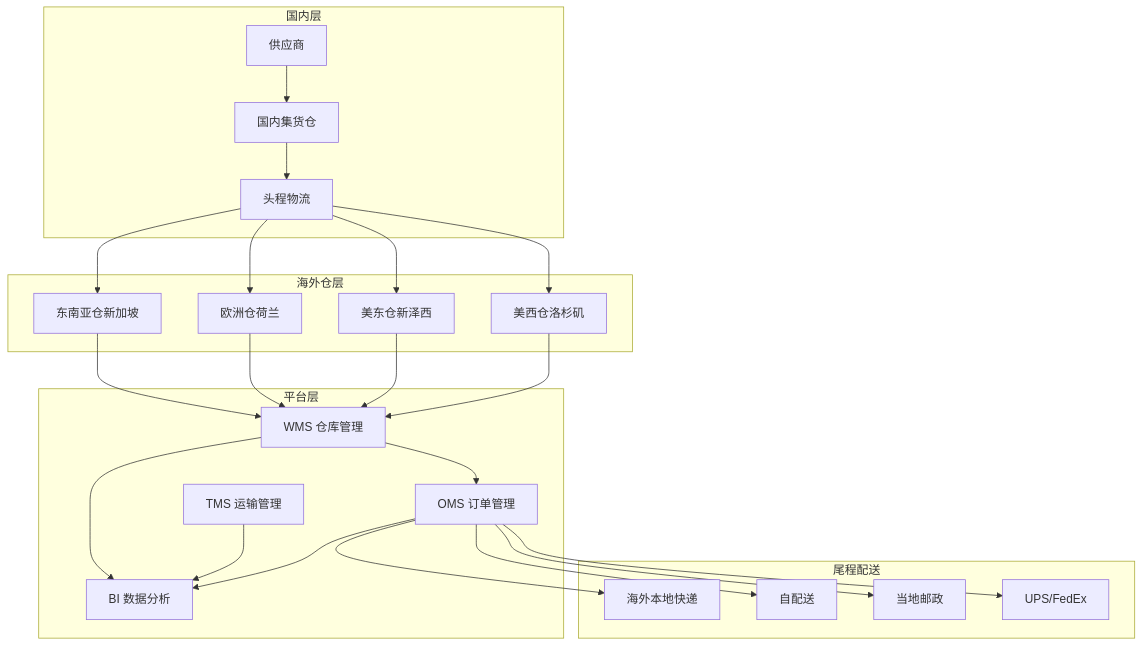
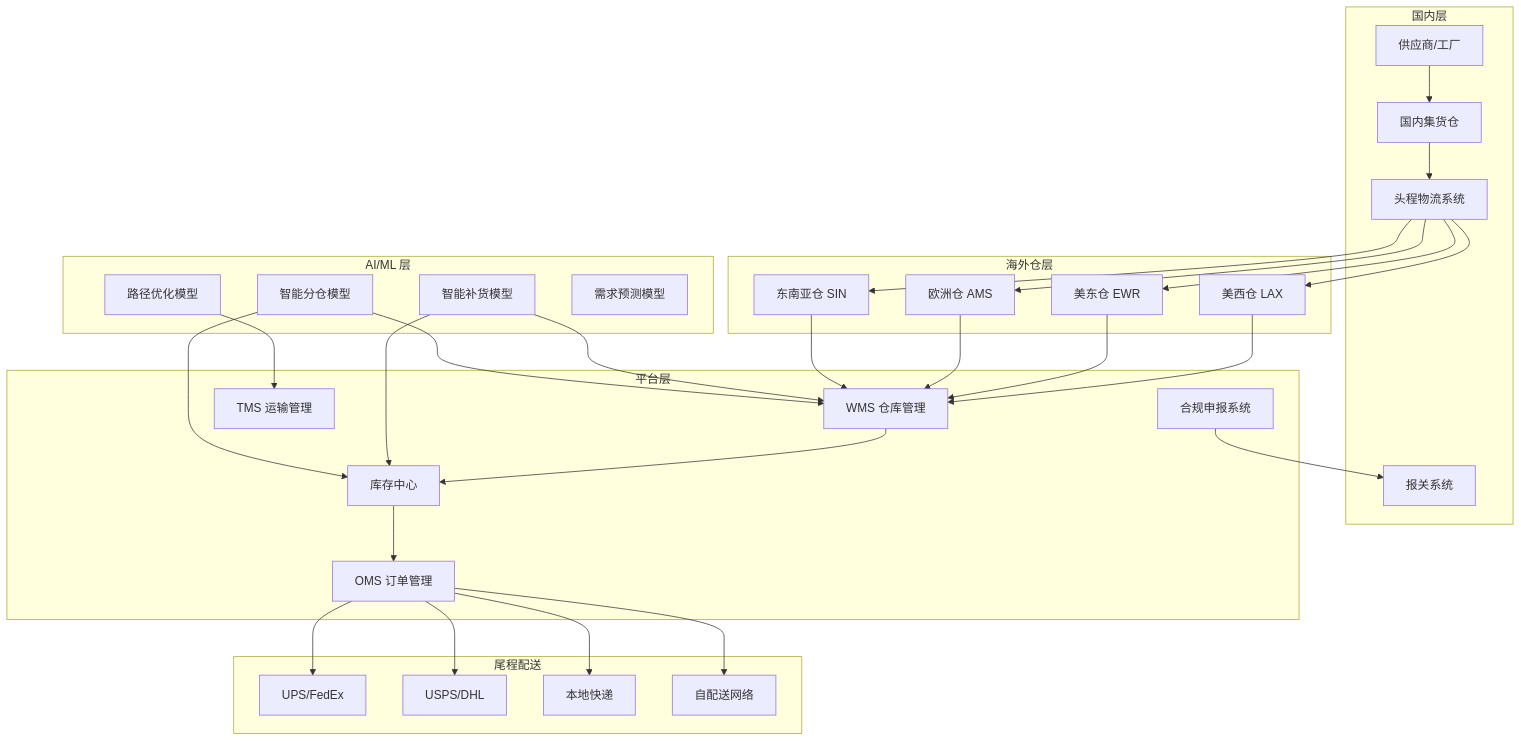
One commit to kudig-io/kudig-database changed the first of 2 diagrams in topic-application-architecture/33-crossborder-warehouse.md. Above: the diagram before and after it, drawn with Mermaid. The commit also changed other lines of this file and 8633 other files, not shown here.

````diff
--- a/topic-application-architecture/33-crossborder-warehouse.md
+++ b/topic-application-architecture/33-crossborder-warehouse.md
@@ -49,35 +132,47 @@
 ```mermaid
 graph TB
-    subgraph 国内层
-        D1[供应商]
+    subgraph ChinaLayer["国内层"]
+        D1[供应商/工厂]
         D2[国内集货仓]
-        D3[头程物流]
+        D3[头程物流系统]
+        D4[报关系统]
     end
 
-    subgraph 海外仓层
-        W1[美西仓洛杉矶]
-        W2[美东仓新泽西]
-        W3[欧洲仓荷兰]
-        W4[东南亚仓新加坡]
+    subgraph OverseasLayer["海外仓层"]
+        W1[美西仓 LAX]
+        W2[美东仓 EWR]
+        W3[欧洲仓 AMS]
+        W4[东南亚仓 SIN]
     end
 
-    subgraph 尾程配送
-        L1[UPS/FedEx]
-        L2[当地邮政]
-        L3[自配送]
-        L4[海外本地快递]
-    end
-
-    subgraph 平台层
+    subgraph PlatformLayer["平台层"]
         P1[WMS 仓库管理]
         P2[OMS 订单管理]
         P3[TMS 运输管理]
-        P4[BI 数据分析]
+        P4[库存中心]
+        P5[合规申报系统]
+    end
+
+    subgraph AILayer["AI/ML 层"]
+        AI1[智能补货模型]
+        AI2[智能分仓模型]
+        AI3[路径优化模型]
+        AI4[需求预测模型]
+    end
+
+    subgraph LastMile["尾程配送"]
+        L1[UPS/FedEx]
+        L2[USPS/DHL]
+        L3[本地快递]
+        L4[自配送网络]
     end
 
     D1 --> D2 --> D3 --> W1 & W2 & W3 & W4
     W1 & W2 & W3 & W4 --> P1
-    P1 --> P2
+    P1 --> P4
+    P4 --> P2
+    AI1 & AI2 --> P1 & P4
+    AI3 --> P3
     P2 --> L1 & L2 & L3 & L4
-    P1 & P2 & P3 --> P4
+    P5 --> D4
 ```
````
